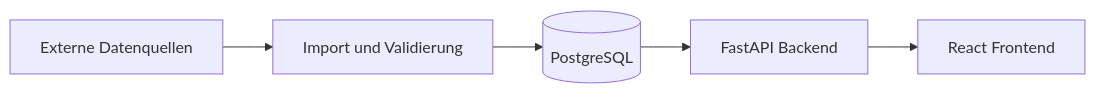
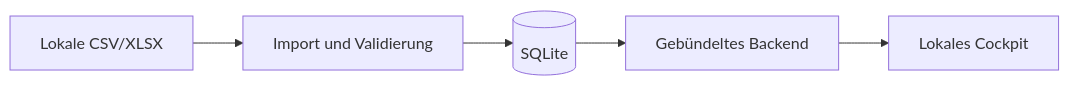
The diagram in docs/architecture.md (xerbooo-ops/performance-cockpit), drawn with Mermaid before and after one commit. The commit also changed other lines of this file and 26 other files, not shown here.

````diff
--- a/docs/architecture.md
+++ b/docs/architecture.md
@@ -17,7 +17,7 @@
 ```mermaid
 flowchart LR
-    S[Externe Datenquellen] --> P[Import und Validierung]
-    P --> D[(PostgreSQL)]
-    D --> B[FastAPI Backend]
-    B --> F[React Frontend]
+    S[Lokale CSV/XLSX] --> P[Import und Validierung]
+    P --> D[(SQLite)]
+    D --> B[Gebündeltes Backend]
+    B --> F[Lokales Cockpit]
 ```
````
